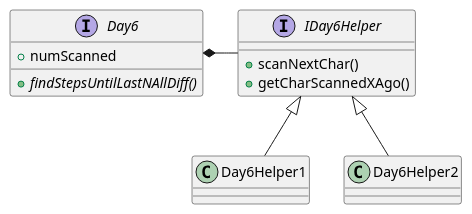
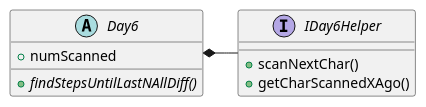
One commit to jdbr827/AdventOfCode_2019_Java changed the diagram in src/year_2022/day_06/day6_uml.puml. Above: the diagram before and after it, drawn with PlantUML. The commit also changed 3 other files, not shown here.

```diff
--- a/src/year_2022/day_06/day6_uml.puml
+++ b/src/year_2022/day_06/day6_uml.puml
@@ -1,19 +1,17 @@
 @startuml
 'https://plantuml.com/class-diagram
 
-interface Day6 {
+abstract class Day6 {
 +numScanned
 +{abstract} findStepsUntilLastNAllDiff()
 }
 
 interface IDay6Helper {
 +scanNextChar()
 +getCharScannedXAgo()
 }
 
+
 Day6 *- IDay6Helper
 
-IDay6Helper <|-- Day6Helper1
-IDay6Helper <|-- Day6Helper2
-
 @enduml
```
